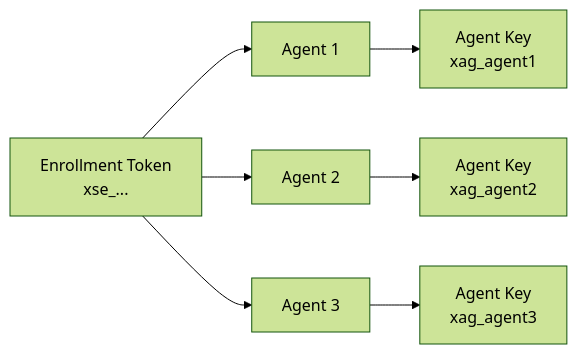
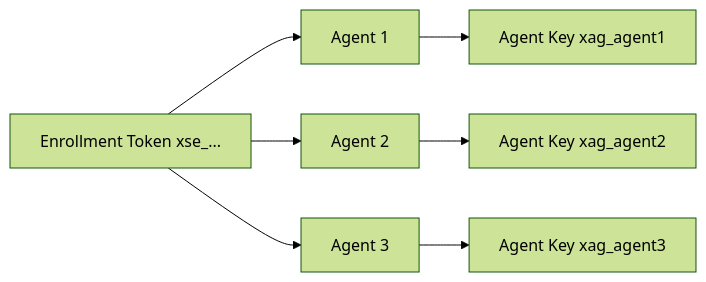
Before and after one commit to xscaler/training: the diagram in docs/session-4/agent-deployment.md, drawn with Mermaid (forest theme). The commit also changed other lines of this file and 38 other files, not shown here.

First line of the commit message:
Remove internal content, fix Mermaid diagrams, and rewrite labs as customer-facing exercises

````diff
--- a/docs/session-4/agent-deployment.md
+++ b/docs/session-4/agent-deployment.md
@@ -27,11 +27,11 @@
 ```mermaid
 graph LR
-    TK[Enrollment Token\nxse_...]
+    TK[Enrollment Token xse_...]
     AG1[Agent 1]
     AG2[Agent 2]
     AG3[Agent 3]
     TK --> AG1 & AG2 & AG3
-    AG1 --> AK1[Agent Key\nxag_agent1]
-    AG2 --> AK2[Agent Key\nxag_agent2]
-    AG3 --> AK3[Agent Key\nxag_agent3]
+    AG1 --> AK1[Agent Key xag_agent1]
+    AG2 --> AK2[Agent Key xag_agent2]
+    AG3 --> AK3[Agent Key xag_agent3]
 ```
````
